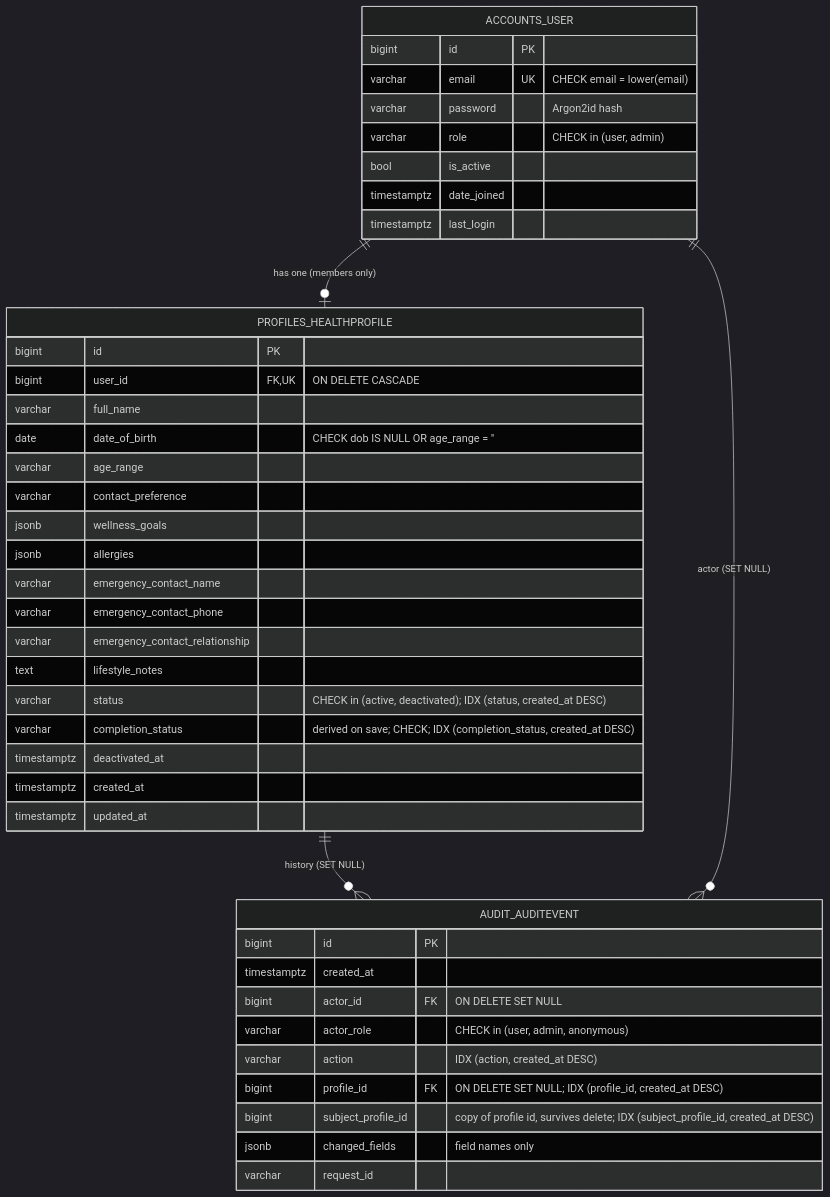
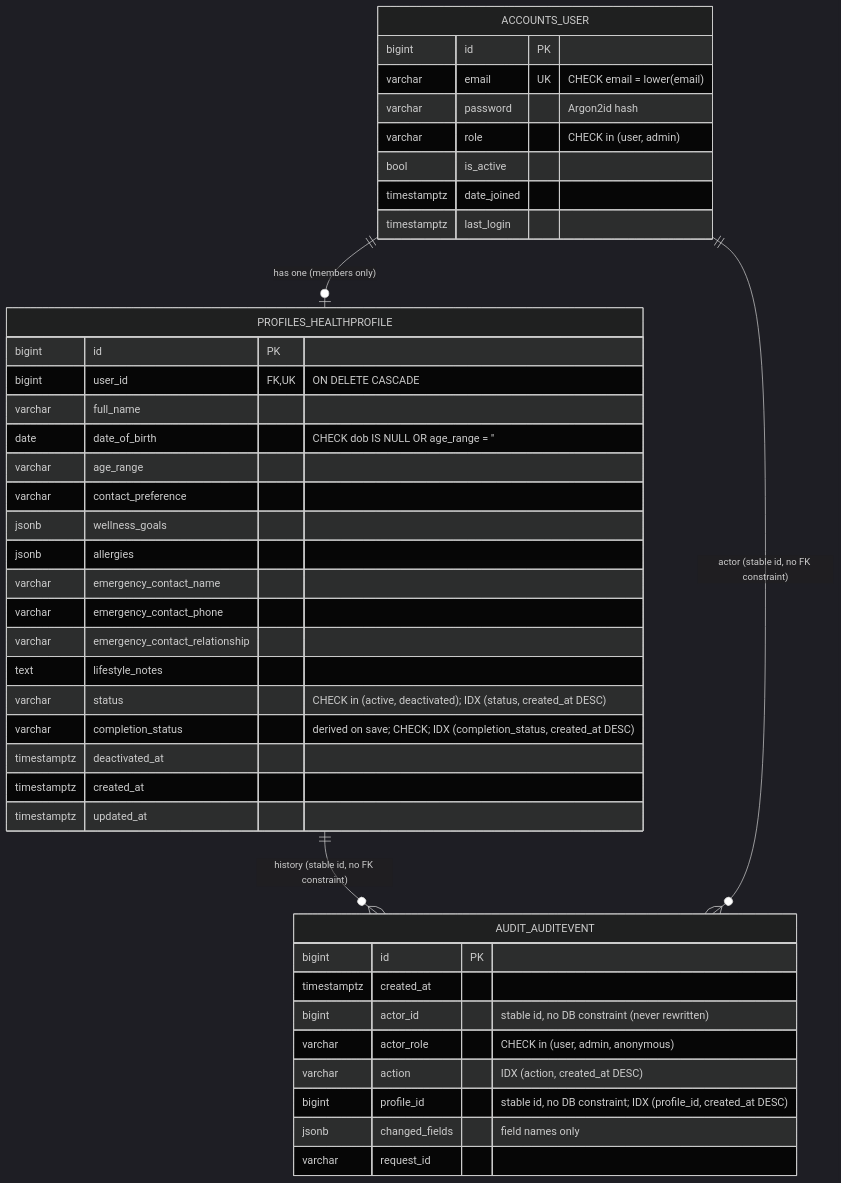
One commit to Amna903/internship changed the second of 2 diagrams in week2/docs/ARCHITECTURE.md. Above: the diagram before and after it, drawn with Mermaid (dark theme). The commit also changed other lines of this file and 4 other files, not shown here.

````diff
--- a/week2/docs/ARCHITECTURE.md
+++ b/week2/docs/ARCHITECTURE.md
@@ -77,45 +102,44 @@
 ```mermaid
 erDiagram
   ACCOUNTS_USER ||--o| PROFILES_HEALTHPROFILE : "has one (members only)"
-  PROFILES_HEALTHPROFILE ||--o{ AUDIT_AUDITEVENT : "history (SET NULL)"
-  ACCOUNTS_USER ||--o{ AUDIT_AUDITEVENT : "actor (SET NULL)"
+  PROFILES_HEALTHPROFILE ||--o{ AUDIT_AUDITEVENT : "history (stable id, no FK constraint)"
+  ACCOUNTS_USER ||--o{ AUDIT_AUDITEVENT : "actor (stable id, no FK constraint)"
   ACCOUNTS_USER {
     bigint id PK
     varchar email UK "CHECK email = lower(email)"
     varchar password "Argon2id hash"
     varchar role "CHECK in (user, admin)"
     bool is_active
     timestamptz date_joined
     timestamptz last_login
   }
   PROFILES_HEALTHPROFILE {
     bigint id PK
     bigint user_id FK,UK "ON DELETE CASCADE"
     varchar full_name
     date date_of_birth "CHECK dob IS NULL OR age_range = ''"
     varchar age_range
     varchar contact_preference
     jsonb wellness_goals
     jsonb allergies
     varchar emergency_contact_name
     varchar emergency_contact_phone
     varchar emergency_contact_relationship
     text lifestyle_notes
     varchar status "CHECK in (active, deactivated); IDX (status, created_at DESC)"
     varchar completion_status "derived on save; CHECK; IDX (completion_status, created_at DESC)"
     timestamptz deactivated_at
     timestamptz created_at
     timestamptz updated_at
   }
   AUDIT_AUDITEVENT {
     bigint id PK
     timestamptz created_at
-    bigint actor_id FK "ON DELETE SET NULL"
+    bigint actor_id "stable id, no DB constraint (never rewritten)"
     varchar actor_role "CHECK in (user, admin, anonymous)"
     varchar action "IDX (action, created_at DESC)"
-    bigint profile_id FK "ON DELETE SET NULL; IDX (profile_id, created_at DESC)"
-    bigint subject_profile_id "copy of profile id, survives delete; IDX (subject_profile_id, created_at DESC)"
+    bigint profile_id "stable id, no DB constraint; IDX (profile_id, created_at DESC)"
     jsonb changed_fields "field names only"
     varchar request_id
   }
 ```
````
